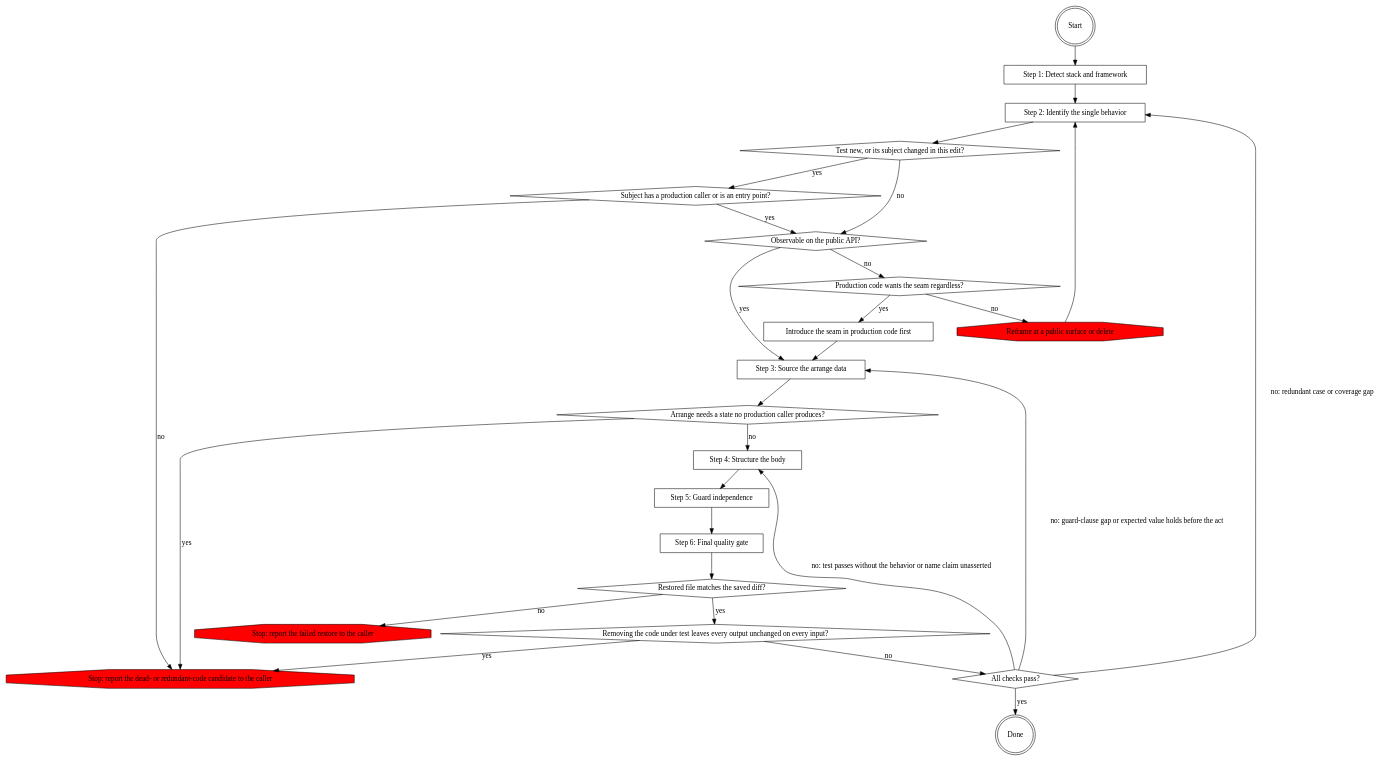
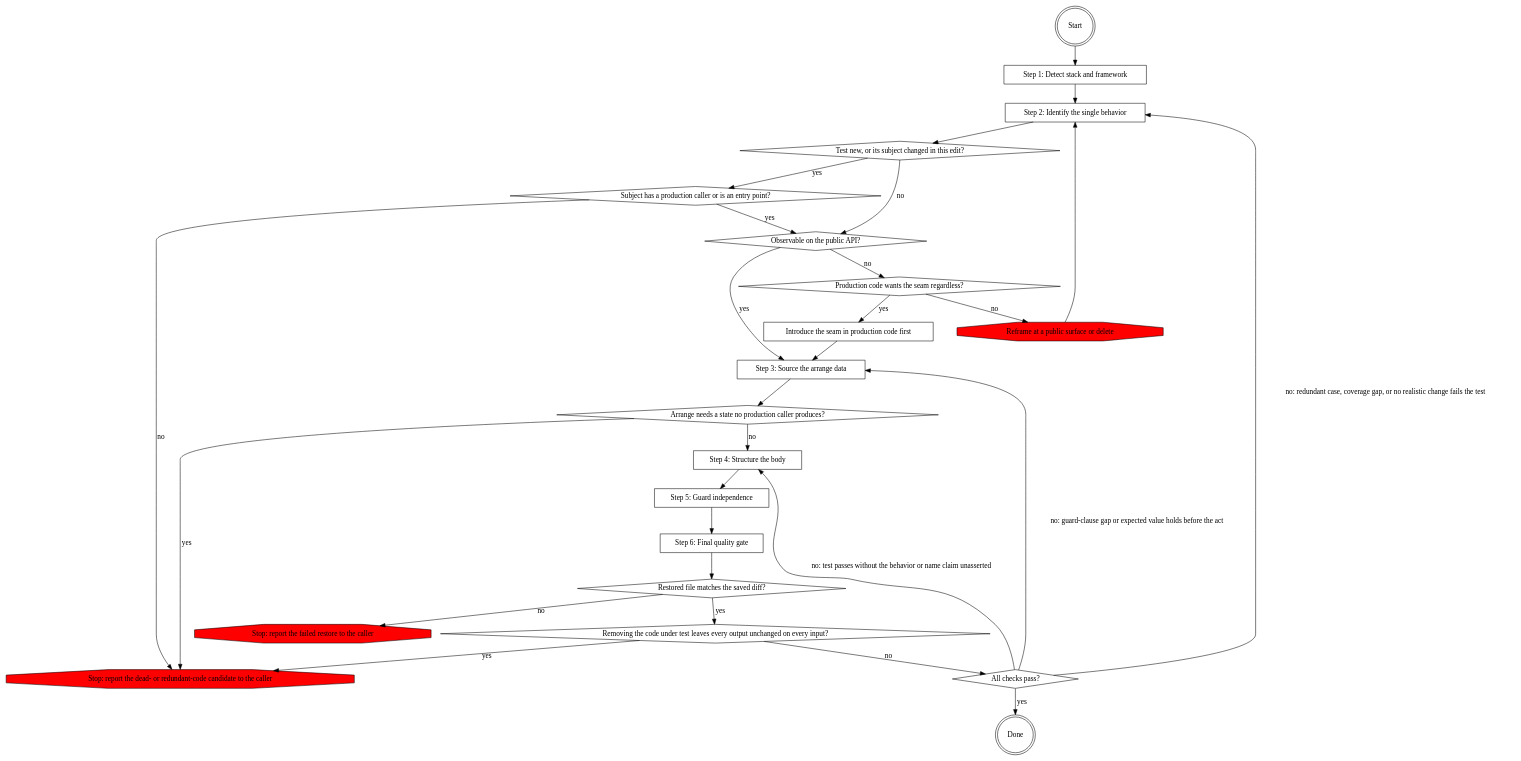
The diagram in plugins/software-writer/skills/writing-tests/SKILL.md (it-bens/ai-tools), drawn with Graphviz before and after one commit. The commit also changed other lines of this file and 3 other files, not shown here.

````diff
--- a/plugins/software-writer/skills/writing-tests/SKILL.md
+++ b/plugins/software-writer/skills/writing-tests/SKILL.md
@@ -20,48 +20,48 @@
 ```dot
 digraph writing_tests {
     "Start" [shape=doublecircle];
     "Step 1: Detect stack and framework" [shape=box];
     "Step 2: Identify the single behavior" [shape=box];
     "Observable on the public API?" [shape=diamond];
     "Production code wants the seam regardless?" [shape=diamond];
     "Introduce the seam in production code first" [shape=box];
     "Reframe at a public surface or delete" [shape=octagon, style=filled, fillcolor=red];
     "Step 3: Source the arrange data" [shape=box];
     "Step 4: Structure the body" [shape=box];
     "Step 5: Guard independence" [shape=box];
     "Step 6: Final quality gate" [shape=box];
     "Restored file matches the saved diff?" [shape=diamond];
     "Stop: report the failed restore to the caller" [shape=octagon, style=filled, fillcolor=red];
     "Removing the code under test leaves every output unchanged on every input?" [shape=diamond];
     "All checks pass?" [shape=diamond];
     "Subject has a production caller or is an entry point?" [shape=diamond];
     "Test new, or its subject changed in this edit?" [shape=diamond];
     "Arrange needs a state no production caller produces?" [shape=diamond];
     "Stop: report the dead- or redundant-code candidate to the caller" [shape=octagon, style=filled, fillcolor=red];
     "Done" [shape=doublecircle];
 
     "Start" -> "Step 1: Detect stack and framework" -> "Step 2: Identify the single behavior" -> "Test new, or its subject changed in this edit?";
     "Test new, or its subject changed in this edit?" -> "Subject has a production caller or is an entry point?" [label="yes"];
     "Test new, or its subject changed in this edit?" -> "Observable on the public API?" [label="no"];
     "Subject has a production caller or is an entry point?" -> "Observable on the public API?" [label="yes"];
     "Subject has a production caller or is an entry point?" -> "Stop: report the dead- or redundant-code candidate to the caller" [label="no"];
     "Observable on the public API?" -> "Step 3: Source the arrange data" [label="yes"];
     "Observable on the public API?" -> "Production code wants the seam regardless?" [label="no"];
     "Production code wants the seam regardless?" -> "Introduce the seam in production code first" [label="yes"];
     "Production code wants the seam regardless?" -> "Reframe at a public surface or delete" [label="no"];
     "Introduce the seam in production code first" -> "Step 3: Source the arrange data";
     "Reframe at a public surface or delete" -> "Step 2: Identify the single behavior";
     "Step 3: Source the arrange data" -> "Arrange needs a state no production caller produces?";
     "Arrange needs a state no production caller produces?" -> "Step 4: Structure the body" [label="no"];
     "Arrange needs a state no production caller produces?" -> "Stop: report the dead- or redundant-code candidate to the caller" [label="yes"];
     "Step 4: Structure the body" -> "Step 5: Guard independence" -> "Step 6: Final quality gate" -> "Restored file matches the saved diff?";
     "Restored file matches the saved diff?" -> "Stop: report the failed restore to the caller" [label="no"];
     "Restored file matches the saved diff?" -> "Removing the code under test leaves every output unchanged on every input?" [label="yes"];
     "Removing the code under test leaves every output unchanged on every input?" -> "Stop: report the dead- or redundant-code candidate to the caller" [label="yes"];
     "Removing the code under test leaves every output unchanged on every input?" -> "All checks pass?" [label="no"];
     "All checks pass?" -> "Done" [label="yes"];
-    "All checks pass?" -> "Step 2: Identify the single behavior" [label="no: redundant case or coverage gap"];
+    "All checks pass?" -> "Step 2: Identify the single behavior" [label="no: redundant case, coverage gap, or no realistic change fails the test"];
     "All checks pass?" -> "Step 3: Source the arrange data" [label="no: guard-clause gap or expected value holds before the act"];
     "All checks pass?" -> "Step 4: Structure the body" [label="no: test passes without the behavior or name claim unasserted"];
 }
 ```
````
